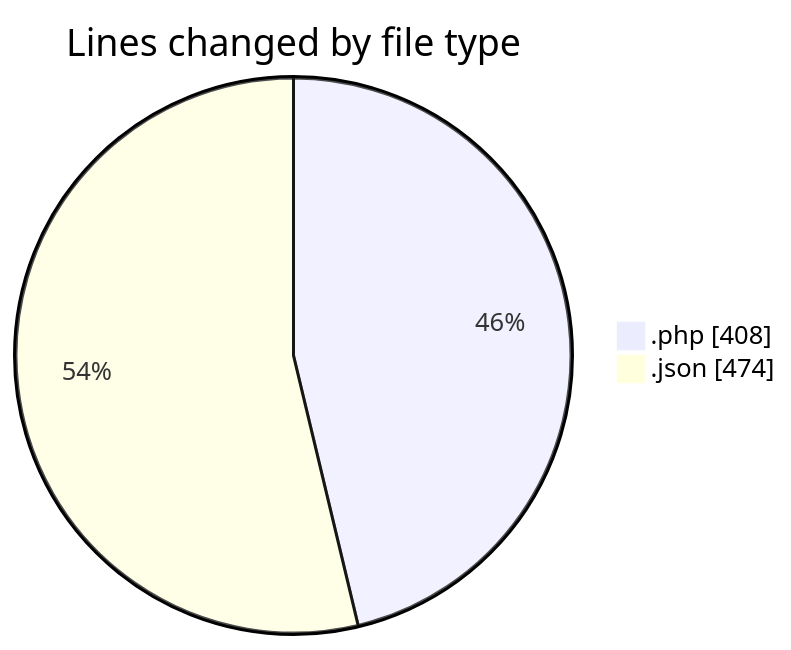
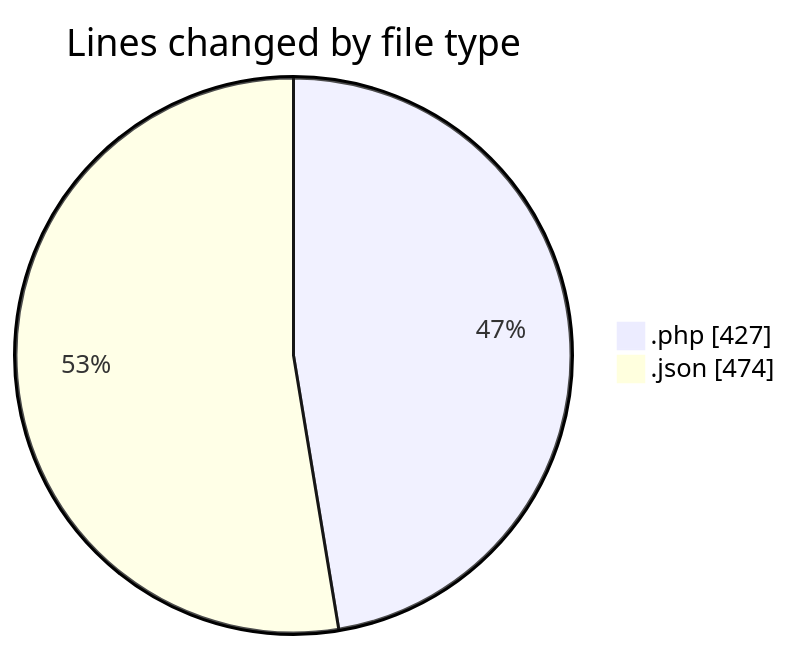
One commit to idhammustaqopulfikri/code-tracking changed the first of 2 diagrams in 2025-05-16/booking/README.md. Above: the diagram before and after it, drawn with Mermaid. The commit also changed other lines of this file and 1 other file, not shown here.

````diff
--- a/2025-05-16/booking/README.md
+++ b/2025-05-16/booking/README.md
@@ -31,6 +32,6 @@
 ```mermaid
 pie showData
 title Lines changed by file type
-".php" : 408
+".php" : 427
 ".json" : 474
 ```
````
